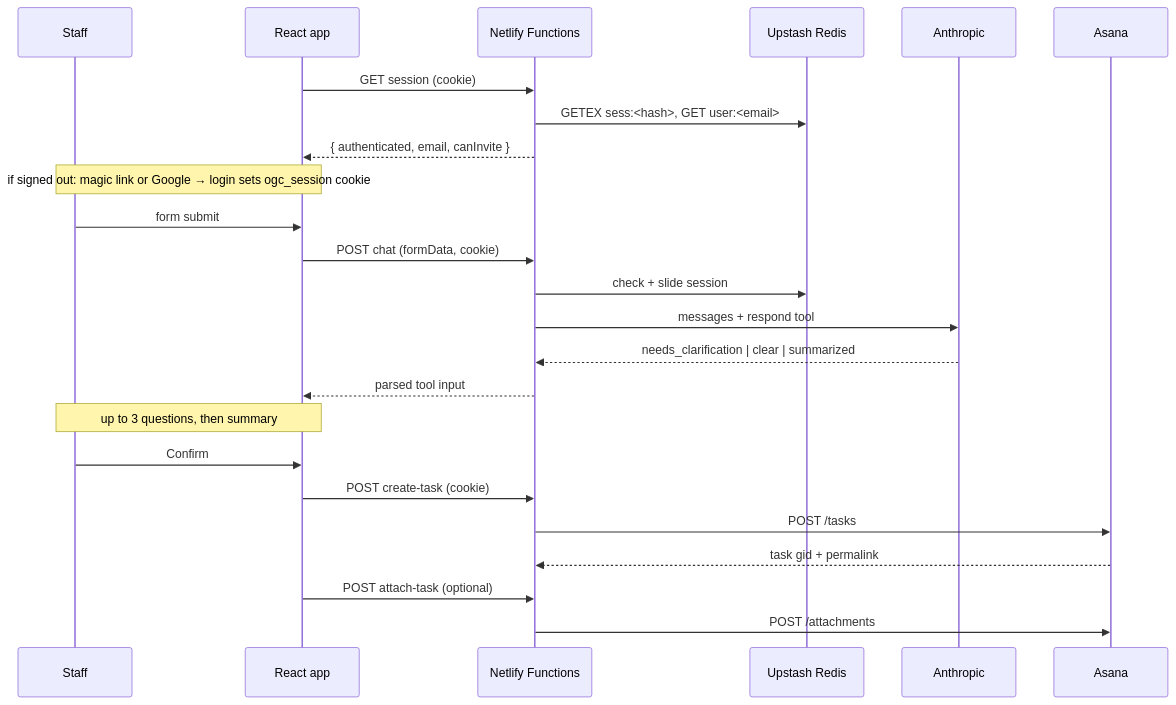
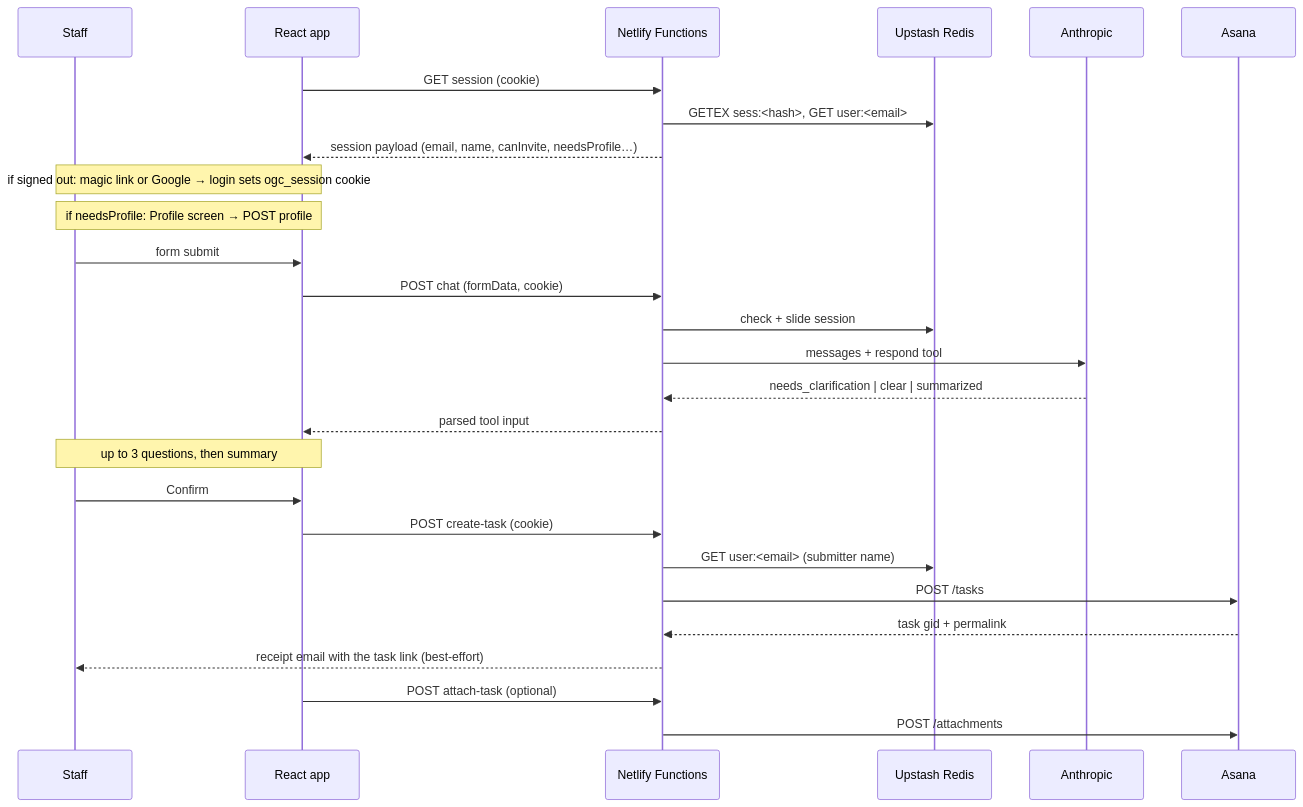
Before and after one commit to chowie/ogc-asana-intake-form: the diagram in docs/architecture/overview.mdx, drawn with Mermaid. The commit also changed other lines of this file and 43 other files, not shown here.

````diff
--- a/docs/architecture/overview.mdx
+++ b/docs/architecture/overview.mdx
@@ -14,27 +15,30 @@
 ```mermaid
 sequenceDiagram
     participant U as Staff
     participant A as React app
     participant F as Netlify Functions
     participant R as Upstash Redis
     participant C as Anthropic
     participant S as Asana
 
     A->>F: GET session (cookie)
     F->>R: GETEX sess:<hash>, GET user:<email>
-    F-->>A: { authenticated, email, canInvite }
+    F-->>A: session payload (email, name, canInvite, needsProfile…)
     Note over U,A: if signed out: magic link or Google → login sets ogc_session cookie
+    Note over U,A: if needsProfile: Profile screen → POST profile
     U->>A: form submit
     A->>F: POST chat (formData, cookie)
     F->>R: check + slide session
     F->>C: messages + respond tool
     C-->>F: needs_clarification | clear | summarized
     F-->>A: parsed tool input
     Note over U,A: up to 3 questions, then summary
     U->>A: Confirm
     A->>F: POST create-task (cookie)
+    F->>R: GET user:<email> (submitter name)
     F->>S: POST /tasks
     S-->>F: task gid + permalink
+    F-->>U: receipt email with the task link (best-effort)
     A->>F: POST attach-task (optional)
     F->>S: POST /attachments
 ```
````
